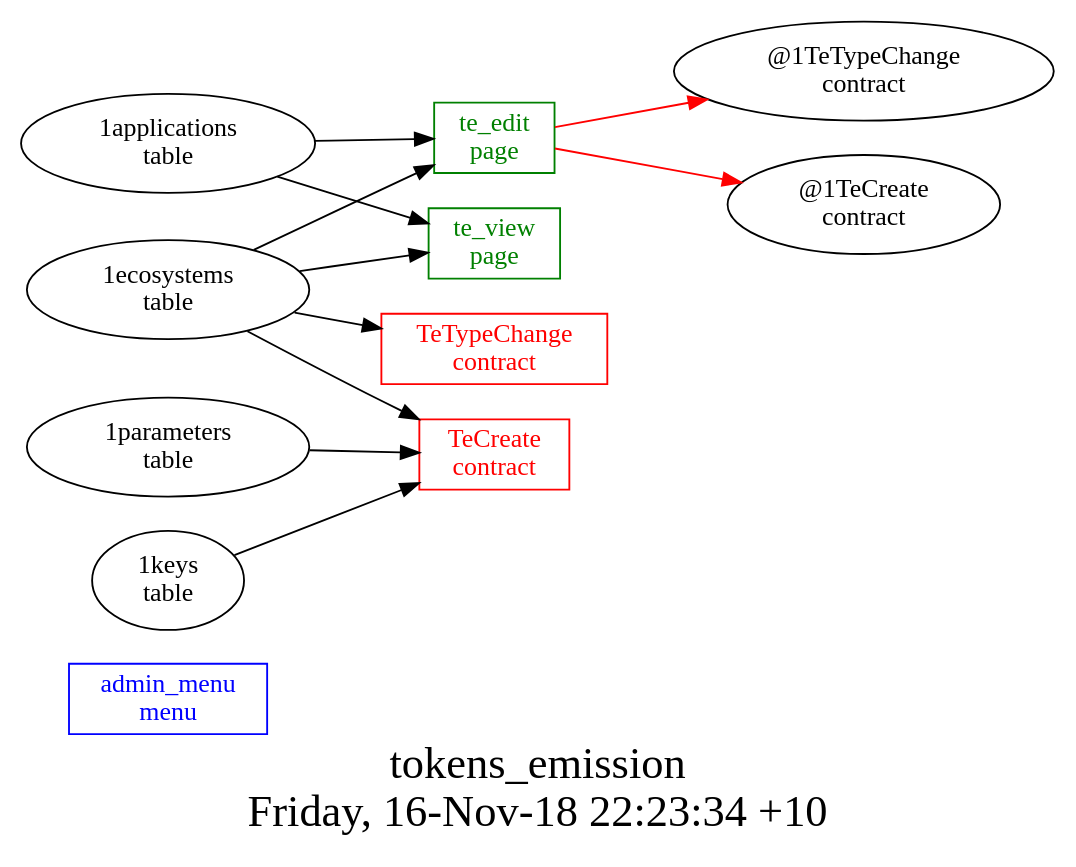
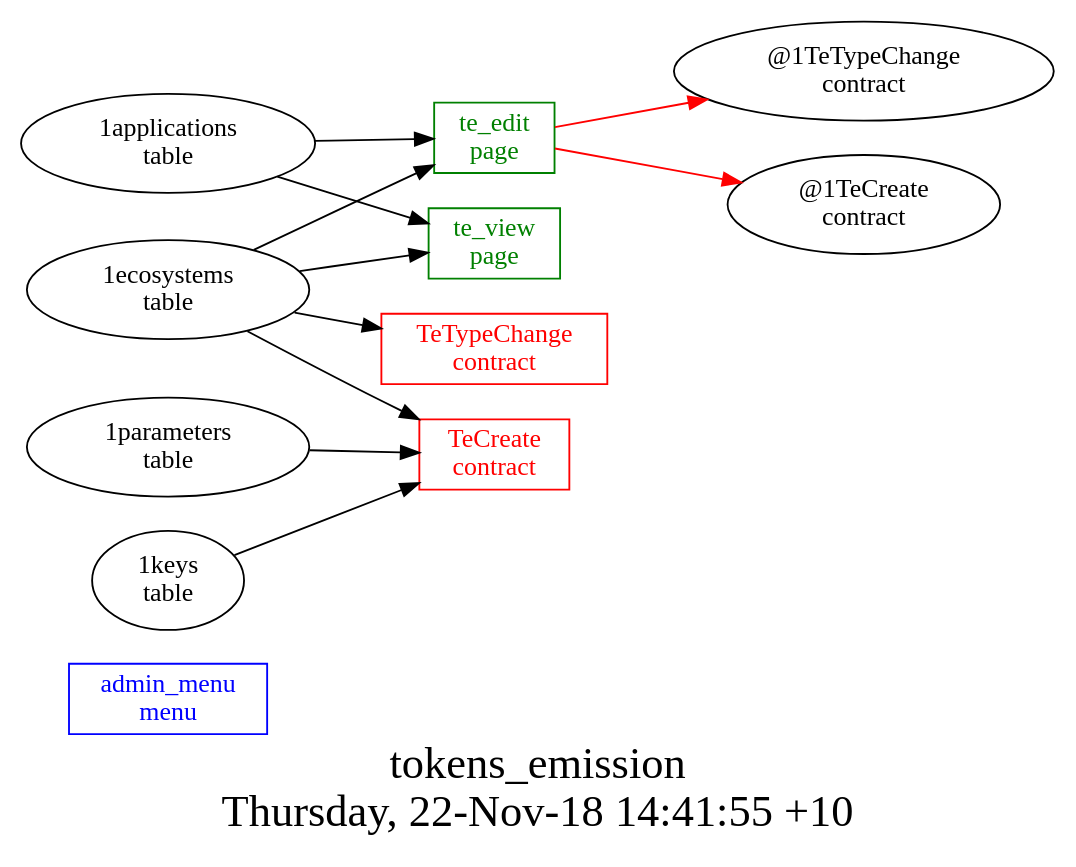
The diagram in other/tokens_emission/struct.dot (AplaProject/apps), drawn with Graphviz before and after one commit. The commit also changed 15 other files, not shown here.

```diff
--- a/other/tokens_emission/struct.dot
+++ b/other/tokens_emission/struct.dot
@@ -1,23 +1,23 @@
 digraph G {
 fontsize="24";
-label="tokens_emission\nFriday, 16-Nov-18 22:23:34 +10";
+label="tokens_emission\nThursday, 22-Nov-18 14:41:55 +10";
 nojustify=true;
 ordering=out;
 rankdir=LR;
 size="30";
 "admin_menu\nmenu" [color=blue, fontcolor=blue, group=menus, shape=record];
 "te_edit\npage" -> "@1TeTypeChange\ncontract"  [ color=red ]
 "te_edit\npage" -> "@1TeCreate\ncontract"  [ color=red ]
 "1applications\ntable" -> "te_edit\npage"
 "1ecosystems\ntable" -> "te_edit\npage"
 "te_edit\npage" [color=green, fontcolor=green, group=pages, shape=record];
 "1applications\ntable" -> "te_view\npage"
 "1ecosystems\ntable" -> "te_view\npage"
 "te_view\npage" [color=green, fontcolor=green, group=pages, shape=record];
 "1parameters\ntable" -> "TeCreate\ncontract"
 "1ecosystems\ntable" -> "TeCreate\ncontract"
 "1keys\ntable" -> "TeCreate\ncontract"
 "TeCreate\ncontract" [color=red, fontcolor=red, group=contracts, shape=record];
 "1ecosystems\ntable" -> "TeTypeChange\ncontract"
 "TeTypeChange\ncontract" [color=red, fontcolor=red, group=contracts, shape=record];
 }
```
